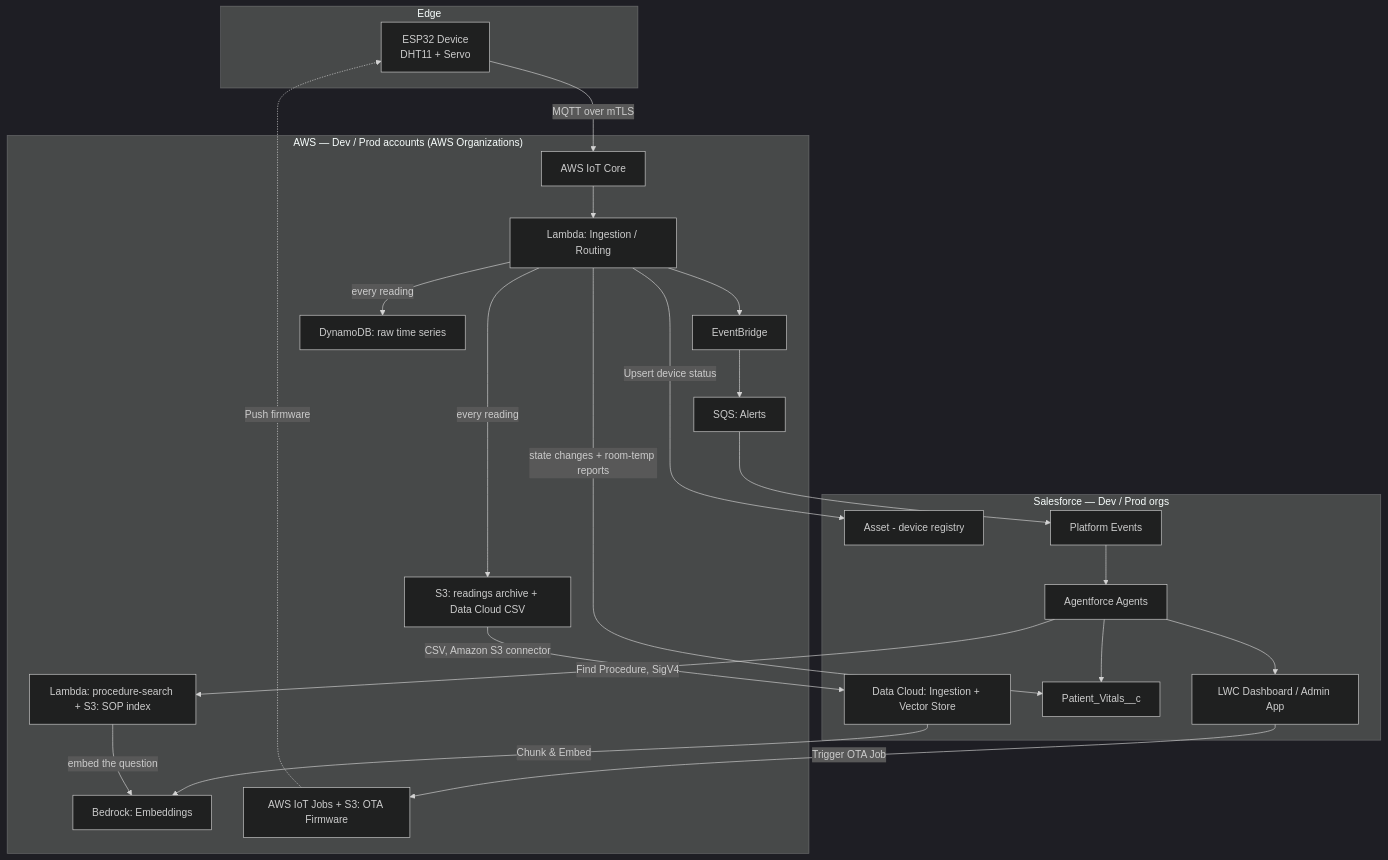
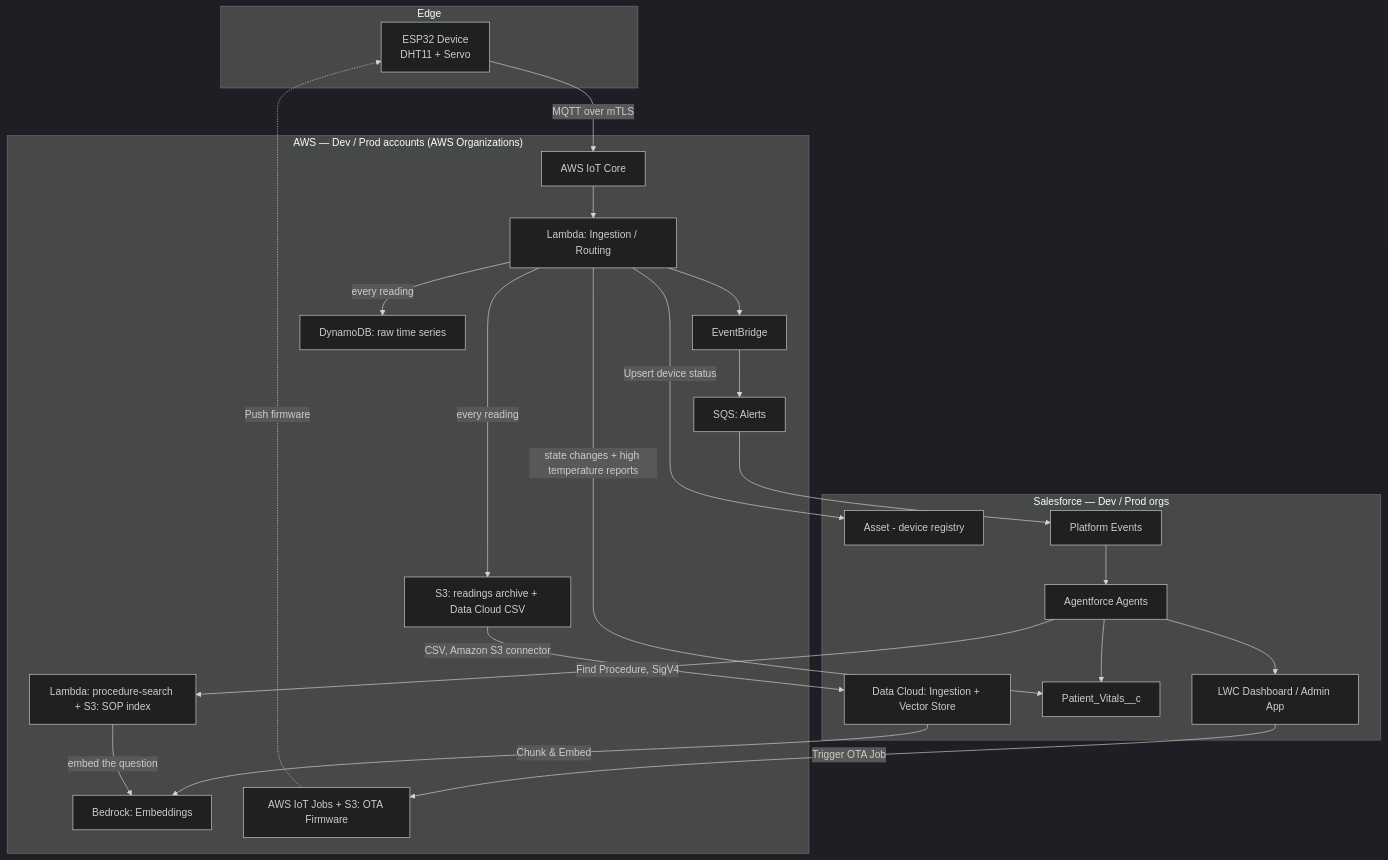
Before and after one commit to CloudArchitect101/Cloud-Agentic-IoT: the diagram in README.md, drawn with Mermaid (dark theme). The commit also changed other lines of this file and 84 other files, not shown here.

````diff
--- a/README.md
+++ b/README.md
@@ -44,46 +44,46 @@
 ```mermaid
 graph TB
     subgraph Edge
         A[ESP32 Device<br/>DHT11 + Servo]
     end
 
     subgraph "AWS — Dev / Prod accounts (AWS Organizations)"
         B[AWS IoT Core]
         C[Lambda: Ingestion / Routing]
         D[EventBridge]
         E[DynamoDB: raw time series]
         F[Bedrock: Embeddings]
         G[SQS: Alerts]
         H[AWS IoT Jobs + S3: OTA Firmware]
         S[S3: readings archive + Data Cloud CSV]
         P[Lambda: procedure-search + S3: SOP index]
     end
 
     subgraph "Salesforce — Dev / Prod orgs"
         I[Asset - device registry]
         J[Data Cloud: Ingestion + Vector Store]
         K[Patient_Vitals__c]
         L[Platform Events]
         M[Agentforce Agents]
         N[LWC Dashboard / Admin App]
     end
 
     A -- MQTT over mTLS --> B
     B --> C
     C -- every reading --> E
-    C -- state changes + room-temp reports --> K
+    C -- state changes + high temperature reports --> K
     C --> D
     D --> G
     C -- every reading --> S
     S -- CSV, Amazon S3 connector --> J
     J -- Chunk & Embed --> F
     C -- Upsert device status --> I
     G --> L
     L --> M
     M --> K
     M -- Find Procedure, SigV4 --> P
     P -- embed the question --> F
     M --> N
     N -- Trigger OTA Job --> H
     H -. Push firmware .-> A
 ```
````
